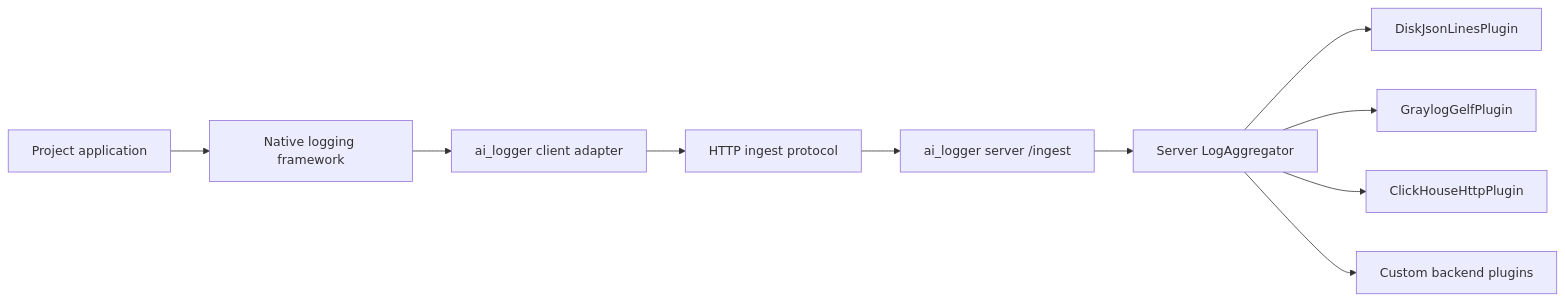
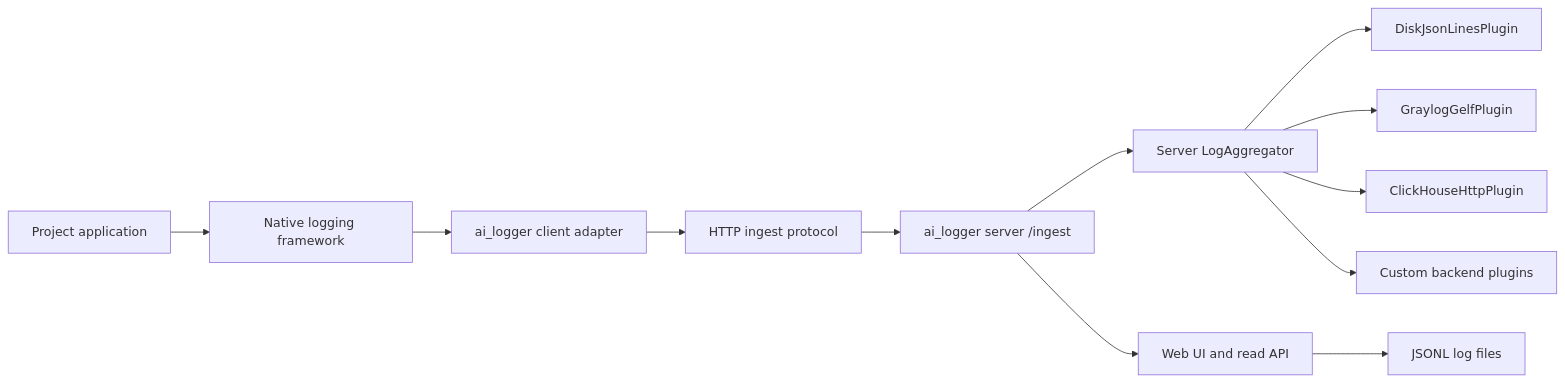
Before and after one commit to Dimosfil/ai_logger: the diagram in tools/project-memory/specs/logging-architecture.md, drawn with Mermaid. The commit also changed other lines of this file and 14 other files, not shown here.

````diff
--- a/tools/project-memory/specs/logging-architecture.md
+++ b/tools/project-memory/specs/logging-architecture.md
@@ -27,12 +28,14 @@
 ```mermaid
 flowchart LR
   App["Project application"] --> NativeLogger["Native logging framework"]
   NativeLogger --> ClientAdapter["ai_logger client adapter"]
   ClientAdapter --> ServerHttp["HTTP ingest protocol"]
   ServerHttp --> Ingest["ai_logger server /ingest"]
   Ingest --> ServerAggregator["Server LogAggregator"]
   ServerAggregator --> Disk["DiskJsonLinesPlugin"]
   ServerAggregator --> Graylog["GraylogGelfPlugin"]
   ServerAggregator --> ClickHouse["ClickHouseHttpPlugin"]
   ServerAggregator --> Other["Custom backend plugins"]
+  Ingest --> WebUi["Web UI and read API"]
+  WebUi --> StoredLogs["JSONL log files"]
 ```
````
